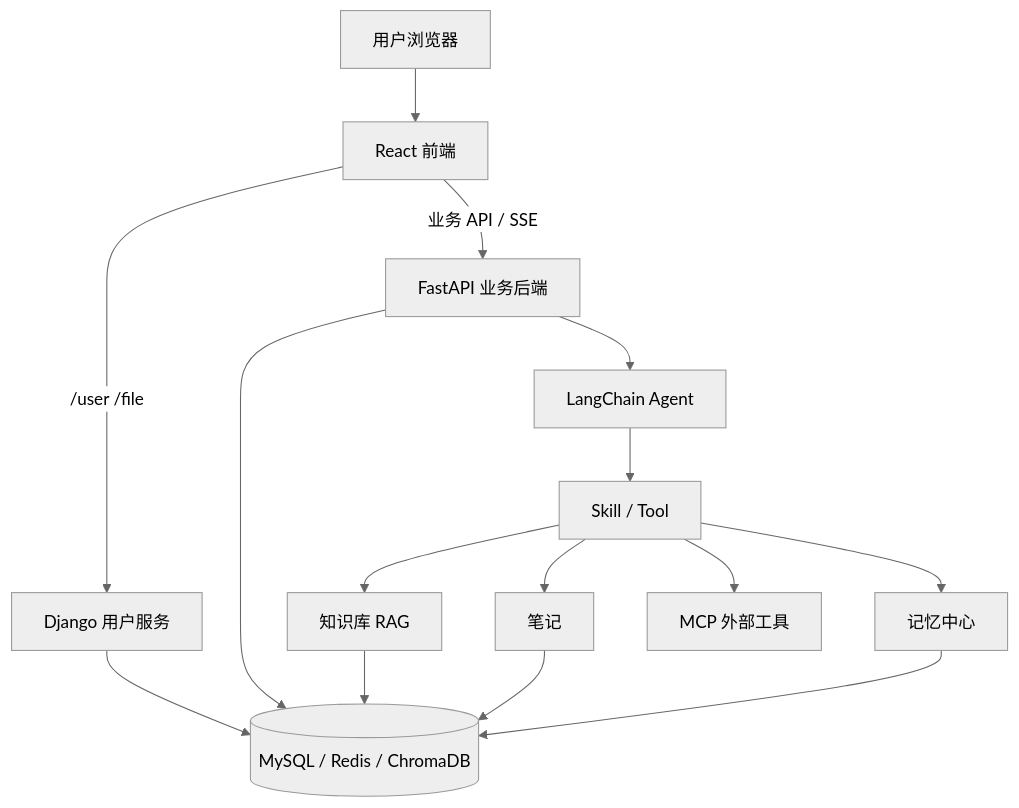
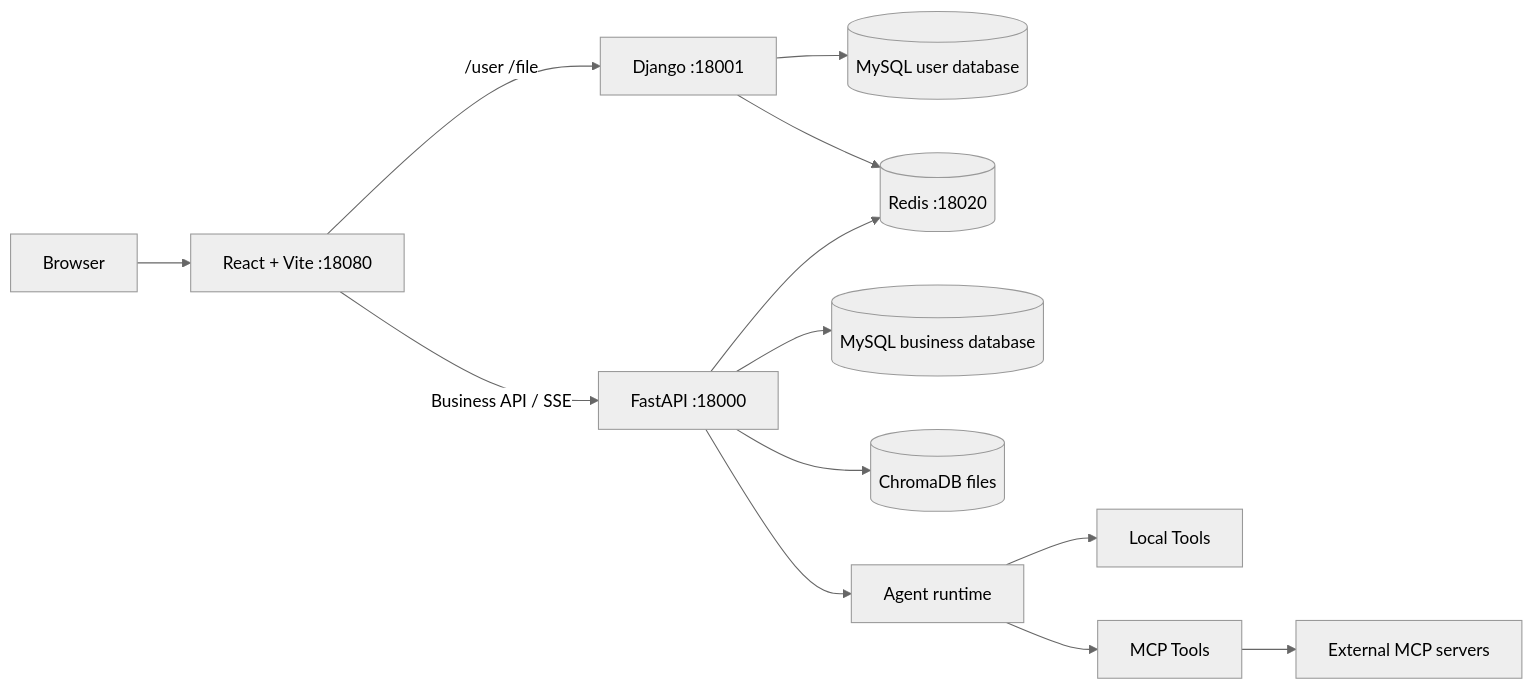
The diagram in README.md (STliuEN/Doki-Assistant), drawn with Mermaid (neutral theme) before and after one commit. The commit also changed other lines of this file and 15 other files, not shown here.

````diff
--- a/README.md
+++ b/README.md
@@ -79,19 +23,17 @@
 ```mermaid
-flowchart TD
-  U[用户浏览器] --> F[React 前端]
-  F -->|/user /file| D[Django 用户服务]
-  F -->|业务 API / SSE| B[FastAPI 业务后端]
+flowchart LR
+  Browser[Browser] --> Front[React + Vite :18080]
+  Front -->|/user /file| Django[Django :18001]
+  Front -->|Business API / SSE| FastAPI[FastAPI :18000]
 
-  B --> Agent[LangChain Agent]
-  Agent --> Tools[Skill / Tool]
-  Tools --> Knowledge[知识库 RAG]
-  Tools --> Notes[笔记]
-  Tools --> Memory[记忆中心]
-  Tools --> MCP[MCP 外部工具]
+  Django --> UserDB[(MySQL user database)]
+  Django --> Redis[(Redis :18020)]
 
-  D --> Store[(MySQL / Redis / ChromaDB)]
-  B --> Store
-  Knowledge --> Store
-  Notes --> Store
-  Memory --> Store
+  FastAPI --> AppDB[(MySQL business database)]
+  FastAPI --> Redis
+  FastAPI --> Chroma[(ChromaDB files)]
+  FastAPI --> Agent[Agent runtime]
+  Agent --> LocalTools[Local Tools]
+  Agent --> MCPTools[MCP Tools]
+  MCPTools --> MCPServer[External MCP servers]
 ```
````
